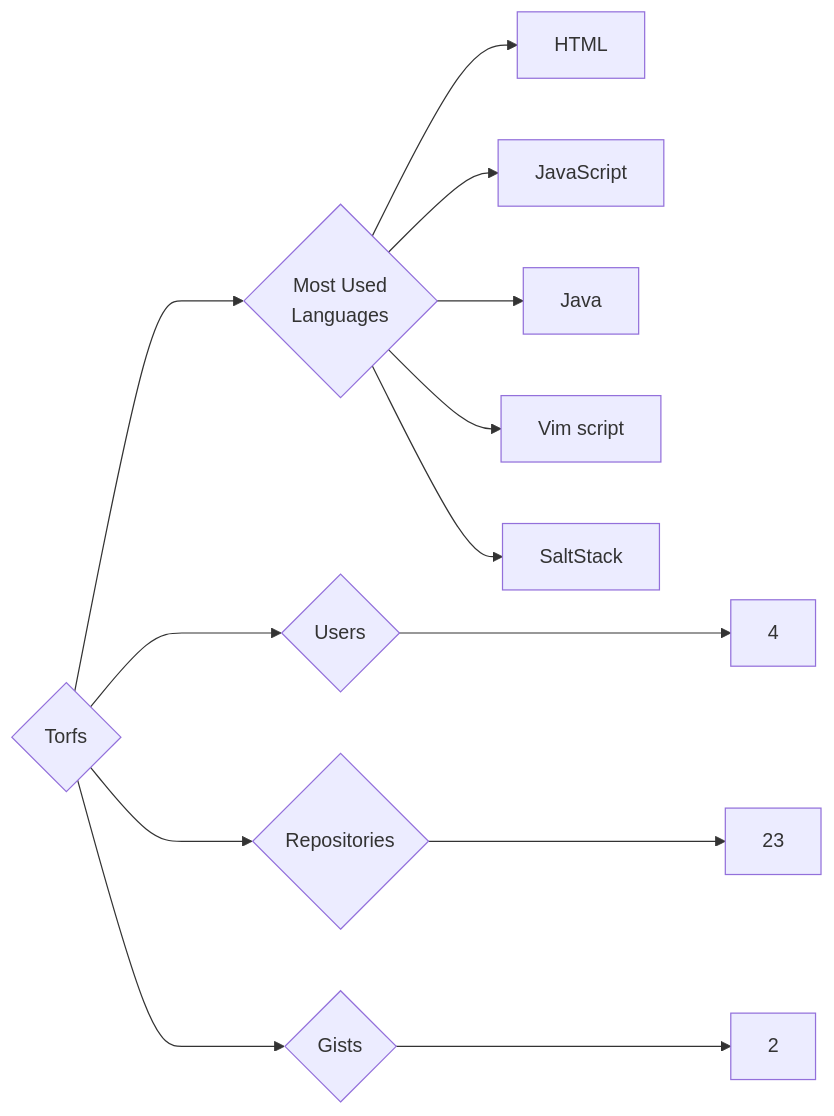
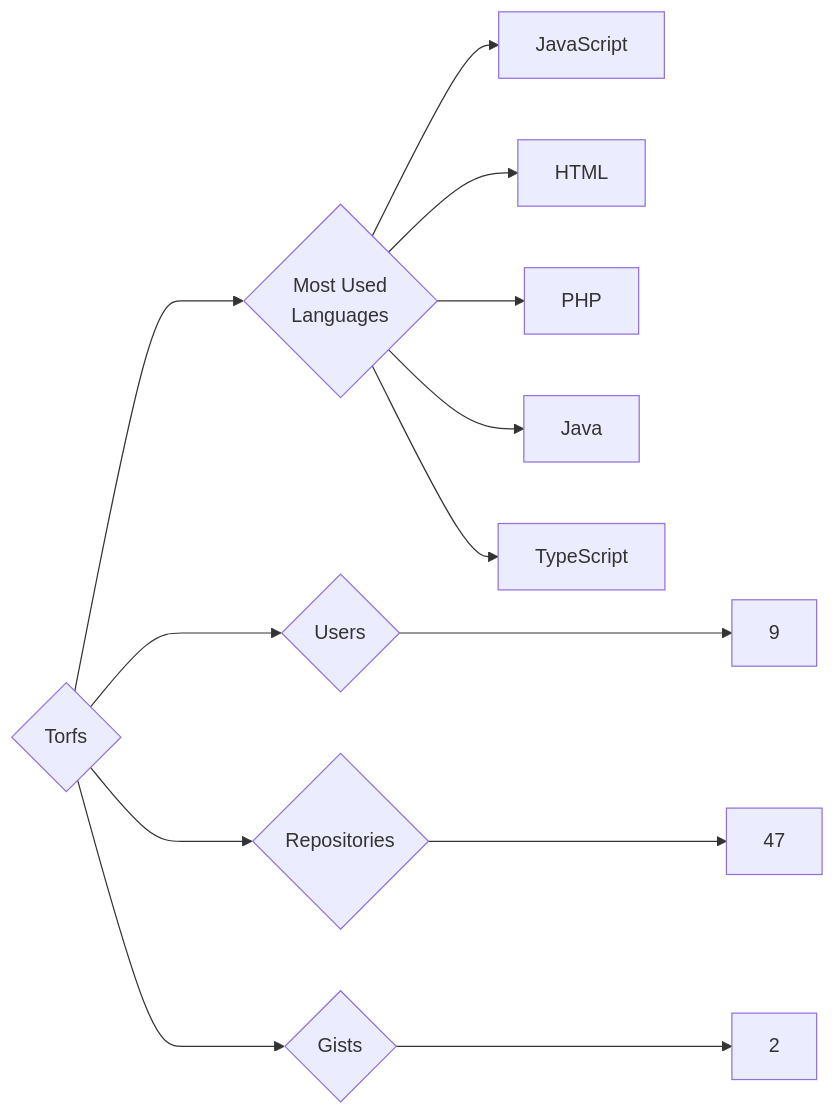
The diagram in targets/Torfs/README.md (trickest/insiders), drawn with Mermaid before and after one commit. The commit also changed 1011 other files, not shown here.

````diff
--- a/targets/Torfs/README.md
+++ b/targets/Torfs/README.md
@@ -3,13 +3,13 @@
 ```mermaid
 graph LR
 COMPANY_NAME{Torfs}
-COMPANY_NAME ---> U{Users} ---> UN[4]
-COMPANY_NAME ---> R{Repositories} ---> RN[23]
+COMPANY_NAME ---> U{Users} ---> UN[9]
+COMPANY_NAME ---> R{Repositories} ---> RN[47]
 COMPANY_NAME ---> G{Gists} ---> GN[2]
 COMPANY_NAME ---> ML{Most Used<br>Languages}
+ML --> JavaScript[JavaScript]
 ML --> HTML[HTML]
-ML --> JavaScript[JavaScript]
+ML --> PHP[PHP]
 ML --> Java[Java]
-ML --> Vim_script[Vim script]
-ML --> SaltStack[SaltStack]
+ML --> TypeScript[TypeScript]
 ```
````
